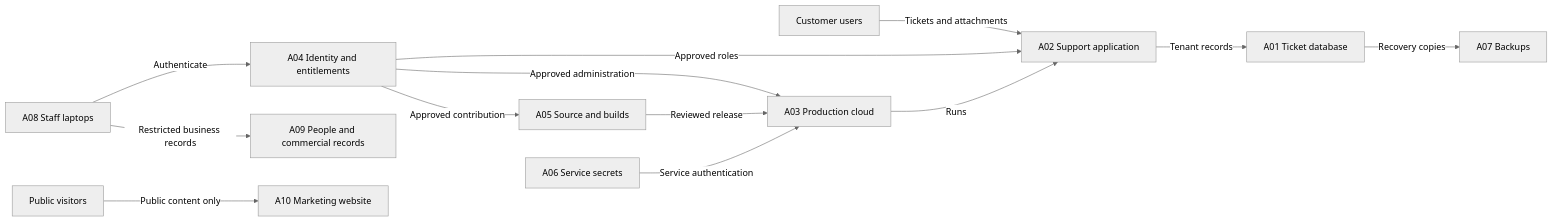
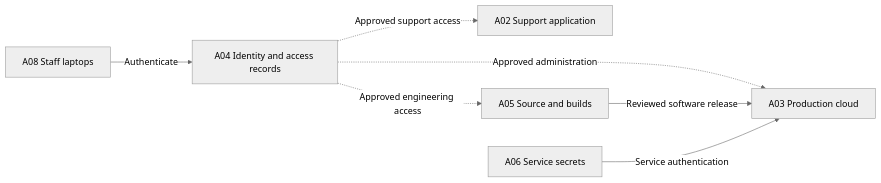
Before and after one commit to 0xMalek/iso27001-saas-case-study: the second of 2 diagrams in diagrams/data-flow.md, drawn with Mermaid (neutral theme). The commit also changed other lines of this file and 17 other files, not shown here.

Commit message:
Focus case study on interviewer review and clarify architecture diagram

````diff
--- a/diagrams/data-flow.md
+++ b/diagrams/data-flow.md
@@ -5,15 +27,9 @@
 ```mermaid
 flowchart LR
-  C[Customer users] -->|Tickets and attachments| APP[A02 Support application]
-  APP -->|Tenant records| DB[A01 Ticket database]
-  DB -->|Recovery copies| BK[A07 Backups]
-  STAFF[A08 Staff laptops] -->|Authenticate| ID[A04 Identity and entitlements]
-  ID -->|Approved roles| APP
-  ID -->|Approved administration| CLOUD[A03 Production cloud]
-  ID -->|Approved contribution| SRC[A05 Source and builds]
-  SRC -->|Reviewed release| CLOUD
-  CLOUD -->|Runs| APP
-  SECRETS[A06 Service secrets] -->|Service authentication| CLOUD
-  STAFF -->|Restricted business records| DOC[A09 People and commercial records]
-  PUBLIC[Public visitors] -->|Public content only| WEB[A10 Marketing website]
+  STAFF[A08 Staff laptops] -->|Authenticate| ID[A04 Identity and access records]
+  ID -.->|Approved support access| APP[A02 Support application]
+  ID -.->|Approved administration| CLOUD[A03 Production cloud]
+  ID -.->|Approved engineering access| SOURCE[A05 Source and builds]
+  SOURCE -->|Reviewed software release| CLOUD
+  SECRET[A06 Service secrets] -->|Service authentication| CLOUD
 ```
````
